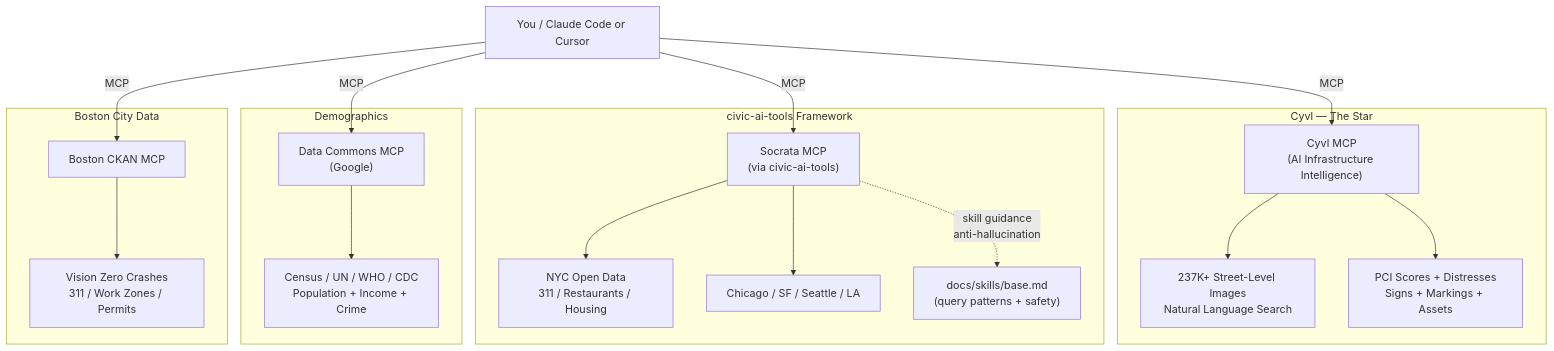
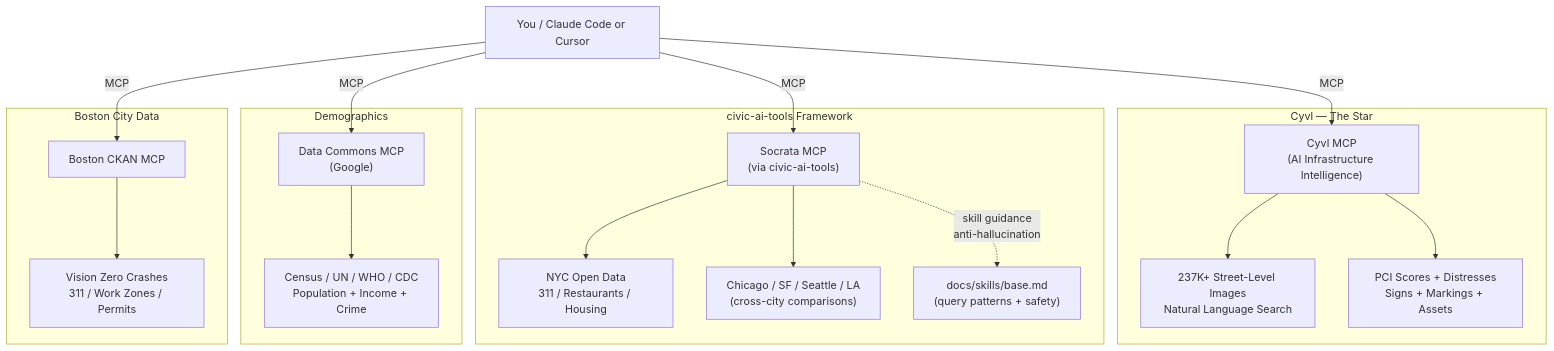
The diagram in README.md (roadgnar/mcp-demo), drawn with Mermaid before and after one commit. The commit also changed other lines of this file and 3 other files, not shown here.

````diff
--- a/README.md
+++ b/README.md
@@ -34,28 +34,28 @@
 ```mermaid
 graph TD
     User[You / Claude Code or Cursor]
 
     User -->|MCP| Cyvl["Cyvl MCP\n(AI Infrastructure Intelligence)"]
     User -->|MCP| Socrata["Socrata MCP\n(via civic-ai-tools)"]
     User -->|MCP| DC["Data Commons MCP\n(Google)"]
     User -->|MCP| Boston["Boston CKAN MCP"]
 
     subgraph "Cyvl — The Star"
         Cyvl --> Images["237K+ Street-Level Images\nNatural Language Search"]
         Cyvl --> Pavement["PCI Scores + Distresses\nSigns + Markings + Assets"]
     end
 
     subgraph "civic-ai-tools Framework"
         Socrata --> NYC["NYC Open Data\n311 / Restaurants / Housing"]
-        Socrata --> Multi["Chicago / SF / Seattle / LA"]
+        Socrata --> Multi["Chicago / SF / Seattle / LA\n(cross-city comparisons)"]
         Socrata -.->|"skill guidance\nanti-hallucination"| Skills["docs/skills/base.md\n(query patterns + safety)"]
     end
 
     subgraph "Demographics"
         DC --> Census["Census / UN / WHO / CDC\nPopulation + Income + Crime"]
     end
 
     subgraph "Boston City Data"
         Boston --> BostonData["Vision Zero Crashes\n311 / Work Zones / Permits"]
     end
 ```
````
